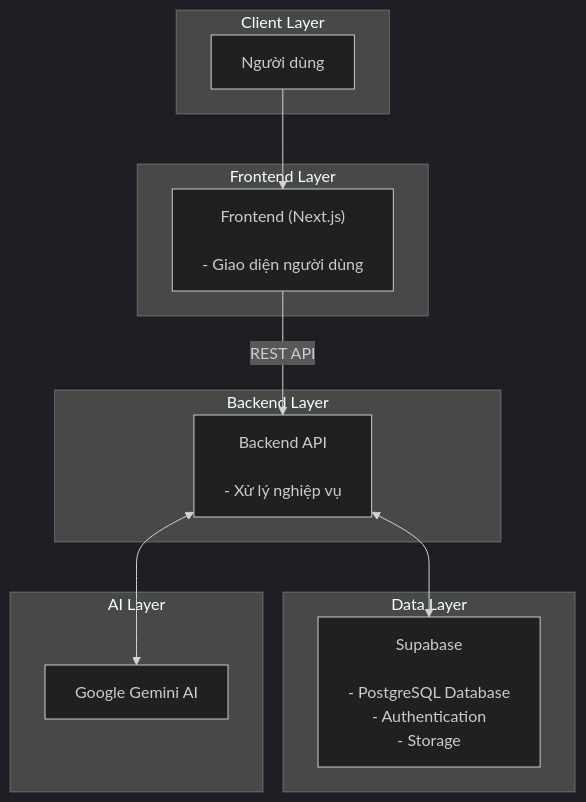
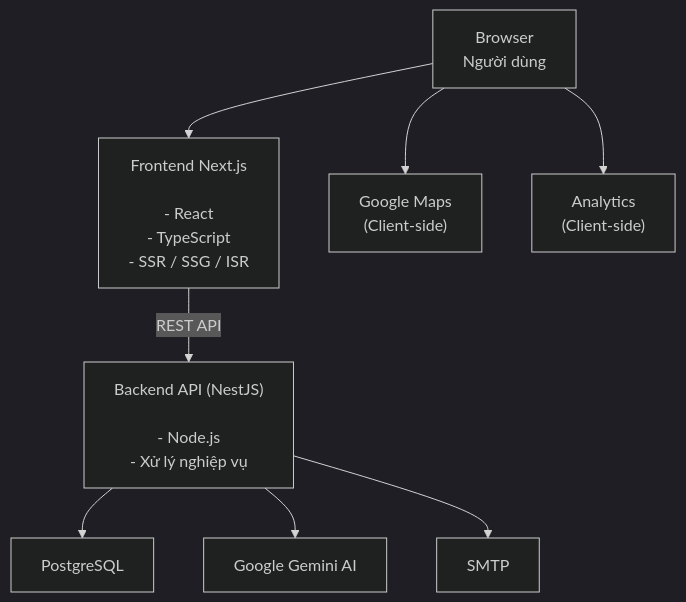
The third of 9 diagrams in docs/Báo cáo đánh giá và đề xuất nâng cấp.md (appdev-cmd/cic-web), drawn with Mermaid (dark theme) before and after one commit. The commit also changed other lines of this file, not shown here.

Commit message:
docs(report): update implementation plan, GEO and database optimization

````diff
--- a/docs/Báo cáo đánh giá và đề xuất nâng cấp.md
+++ b/docs/Báo cáo đánh giá và đề xuất nâng cấp.md
@@ -307,27 +417,19 @@
 ```mermaid
-graph TB
-    subgraph "Client Layer"
-        A["Người dùng"]
-    end
-    
-    subgraph "Frontend Layer"
-        B["Frontend (Next.js)<br/><br/>- Giao diện người dùng"]
-    end
-    
-    subgraph "Backend Layer"
-        C["Backend API<br/><br/>- Xử lý nghiệp vụ"]
-    end
-    
-    subgraph "Data Layer"
-        D["Supabase<br/><br/>- PostgreSQL Database<br/>- Authentication<br/>- Storage"]
-    end
-    
-    subgraph "AI Layer"
-        E["Google Gemini AI"]
-    end
-    
+graph TD
+    A["Browser<br/>Người dùng"]
+    B["Frontend Next.js<br/><br/>- React<br/>- TypeScript<br/>- SSR / SSG / ISR"]
+    C["Backend API (NestJS)<br/><br/>- Node.js<br/>- Xử lý nghiệp vụ"]
+    D["PostgreSQL"]
+    E["Google Gemini AI"]
+    F["SMTP"]
+    G["Google Maps<br/>(Client-side)"]
+    H["Analytics<br/>(Client-side)"]
+
     A --> B
     B -->|REST API| C
-    C <--> D
-    C <--> E
+    C --> D
+    C --> E
+    C --> F
+    A --> G
+    A --> H
 ```
````
